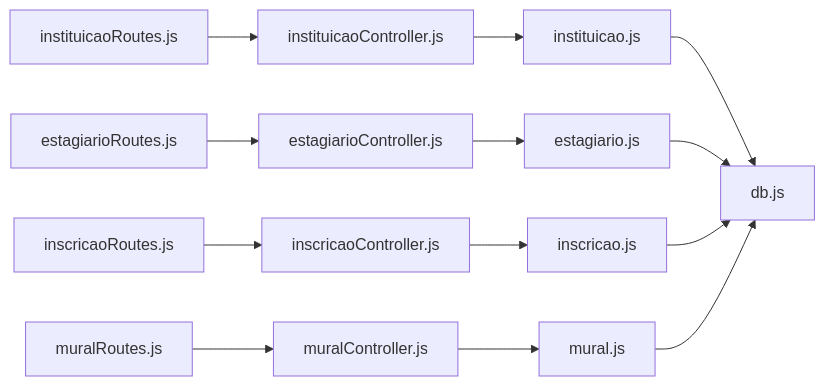
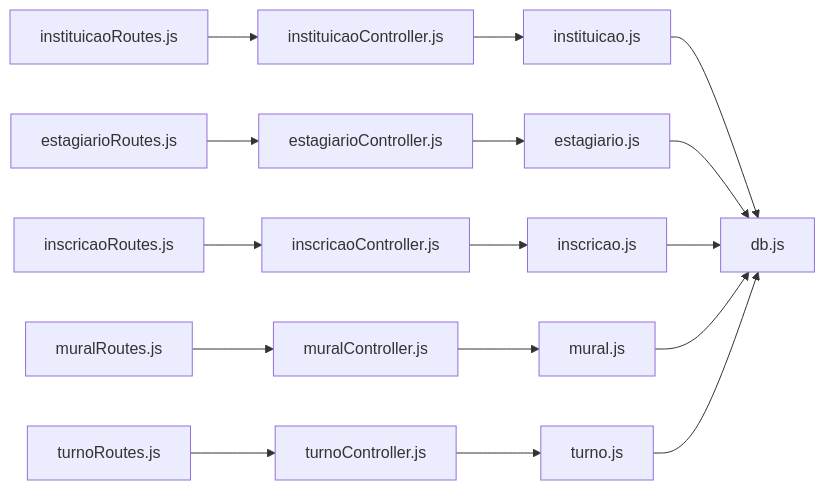
Before and after one commit to luiseduacosta/nodemural: the fourth of 4 diagrams in .qoder/repowiki/en/content/Data Models & Database Design/Student & Internship Models.md, drawn with Mermaid. The commit also changed other lines of this file and 4 other files, not shown here.

````diff
--- a/.qoder/repowiki/en/content/Data Models & Database Design/Student & Internship Models.md
+++ b/.qoder/repowiki/en/content/Data Models & Database Design/Student & Internship Models.md
@@ -545,15 +636,18 @@
 ```mermaid
 graph LR
 R1["instituicaoRoutes.js"] --> C1["instituicaoController.js"]
 R2["estagiarioRoutes.js"] --> C2["estagiarioController.js"]
 R3["inscricaoRoutes.js"] --> C3["inscricaoController.js"]
 R4["muralRoutes.js"] --> C4["muralController.js"]
+R5["turnoRoutes.js"] --> C5["turnoController.js"]
 C1 --> M1["instituicao.js"]
 C2 --> M2["estagiario.js"]
 C3 --> M3["inscricao.js"]
 C4 --> M4["mural.js"]
+C5 --> MT["turno.js"]
 M1 --> DB["db.js"]
 M2 --> DB
 M3 --> DB
 M4 --> DB
+MT --> DB
 ```
````
